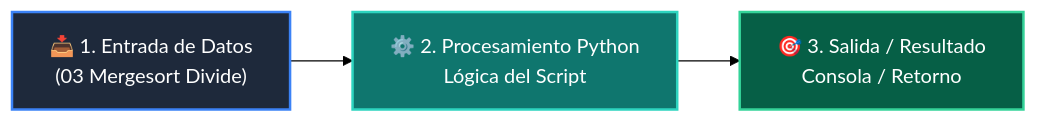
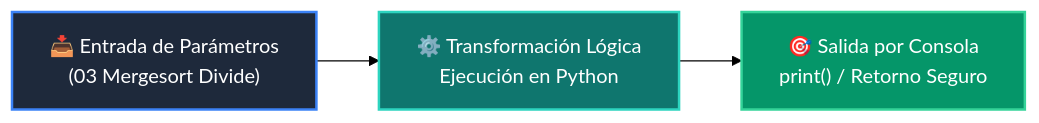
Before and after one commit to wisrovi/wisrovi-python: the diagram in 02-algoritmos-estructuras/clase-05-algoritmos-ordenamiento/ejemplos/ejemplo_03_mergesort_divide/README.md, drawn with Mermaid (forest theme). The commit also changed other lines of this file and 226 other files, not shown here.

Commit message:
docs: elevate all repository READMEs to world-class mastery standard with rich pedagogical architecture, custom Mermaids, and professional styling

````diff
--- a/02-algoritmos-estructuras/clase-05-algoritmos-ordenamiento/ejemplos/ejemplo_03_mergesort_divide/README.md
+++ b/02-algoritmos-estructuras/clase-05-algoritmos-ordenamiento/ejemplos/ejemplo_03_mergesort_divide/README.md
@@ -12,9 +19,9 @@
 ```mermaid
 flowchart LR
-    A["📥 1. Entrada de Datos<br/>(03 Mergesort Divide)"] --> B["⚙️ 2. Procesamiento Python<br/>Lógica del Script"]
-    B --> C["🎯 3. Salida / Resultado<br/>Consola / Retorno"]
+    A["📥 Entrada de Parámetros<br/>(03 Mergesort Divide)"] --> B["⚙️ Transformación Lógica<br/>Ejecución en Python"]
+    B --> C["🎯 Salida por Consola<br/>print() / Retorno Seguro"]
 
-    style A fill:#1e293b,color:#fff,stroke:#3b82f6,stroke-width:2px
-    style B fill:#0f766e,color:#fff,stroke:#2dd4bf,stroke-width:2px
-    style C fill:#065f46,color:#fff,stroke:#34d399,stroke-width:2px
+    style A fill:#1e293b,color:#ffffff,stroke:#3b82f6,stroke-width:2px
+    style B fill:#0f766e,color:#ffffff,stroke:#2dd4bf,stroke-width:2px
+    style C fill:#059669,color:#ffffff,stroke:#34d399,stroke-width:2px
 ```
````
